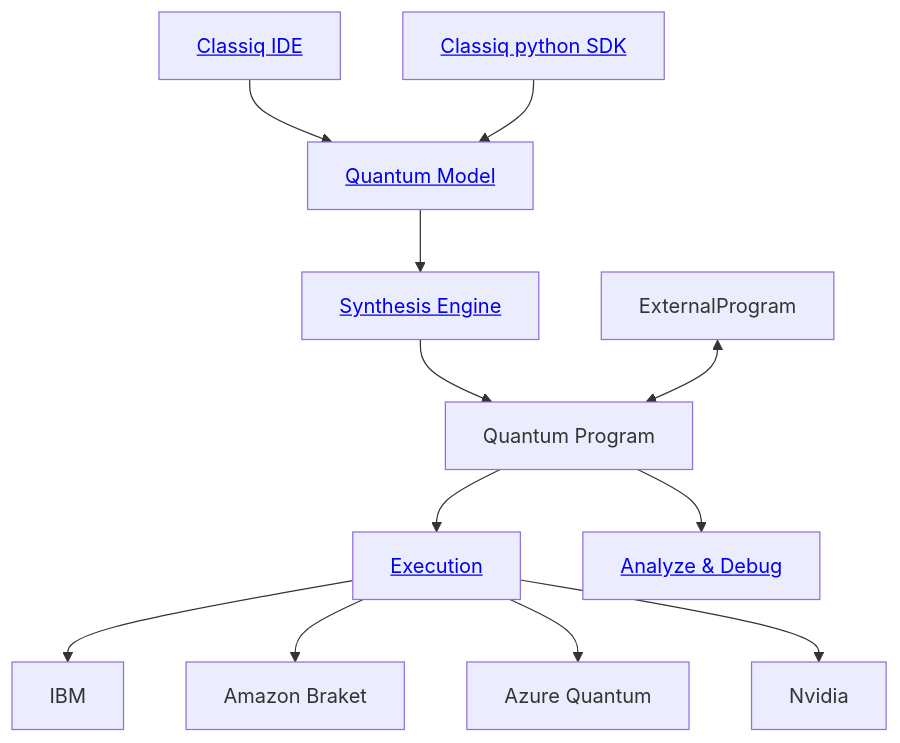
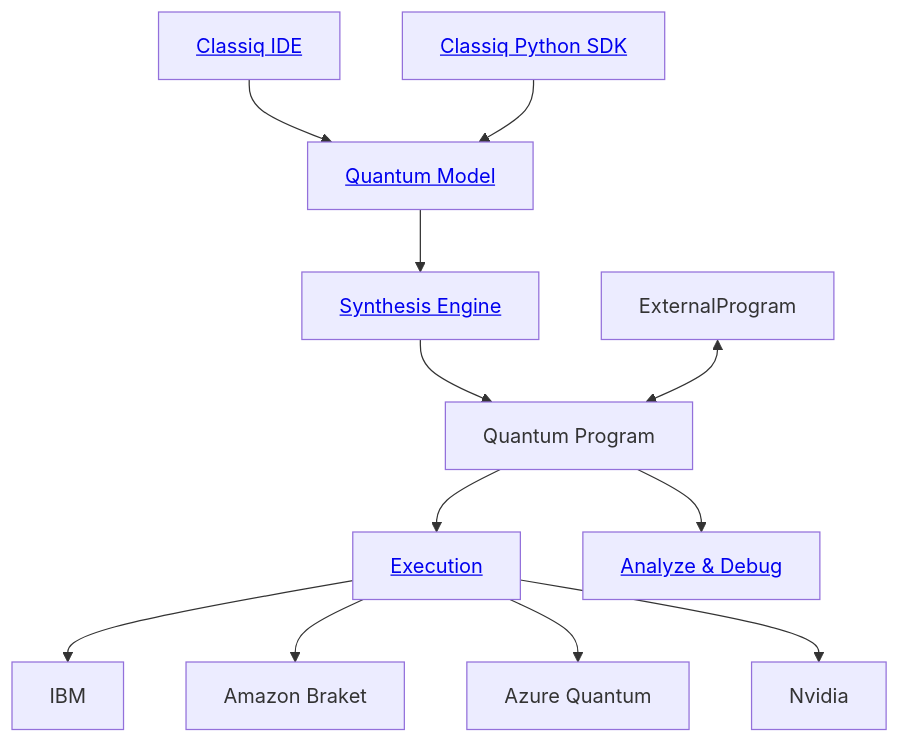
The diagram in README.md (Classiq/classiq-library), drawn with Mermaid before and after one commit. The commit also changed other lines of this file, not shown here.

````diff
--- a/README.md
+++ b/README.md
@@ -167,34 +162,33 @@
 ```mermaid
 flowchart
     IDEInput[<a href='https://platform.classiq.io/'>Classiq IDE</a>]
 
-    SDKInput[<a href='https://docs.classiq.io/latest/sdk-reference/'>Classiq python SDK</a>]
+    SDKInput[<a href='https://docs.classiq.io/latest/sdk-reference/'>Classiq Python SDK</a>]
 
     Model[<a href='https://docs.classiq.io/latest/qmod-reference/'>Quantum Model</a>]
 
     Synthesis[<a href='https://docs.classiq.io/latest/classiq_101/classiq_concepts/optimize/'>Synthesis Engine</a>]
 
     QuantumProgram[Quantum Program]
 
     Execution[<a href='https://docs.classiq.io/latest/classiq_101/classiq_concepts/execute/'>Execution</a>]
 
     Analyze[<a href='https://docs.classiq.io/latest/classiq_101/classiq_concepts/analyze/'>Analyze & Debug</a>]
 
     IBM[IBM]
     Amazon[Amazon Braket]
     Azure[Azure Quantum]
     Nvidia[Nvidia]
 
-
     IDEInput --> Model;
     SDKInput --> Model;
     Model --> Synthesis;
     Synthesis --> QuantumProgram;
     ExternalProgram <--> QuantumProgram;
     QuantumProgram --> Analyze;
     QuantumProgram --> Execution;
     Execution --> IBM
     Execution --> Amazon
     Execution --> Azure
     Execution --> Nvidia
 ```
````
